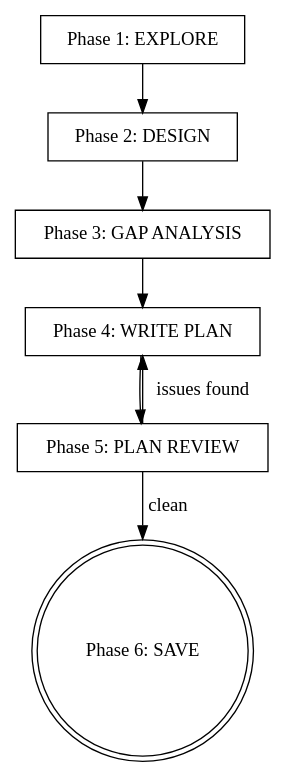
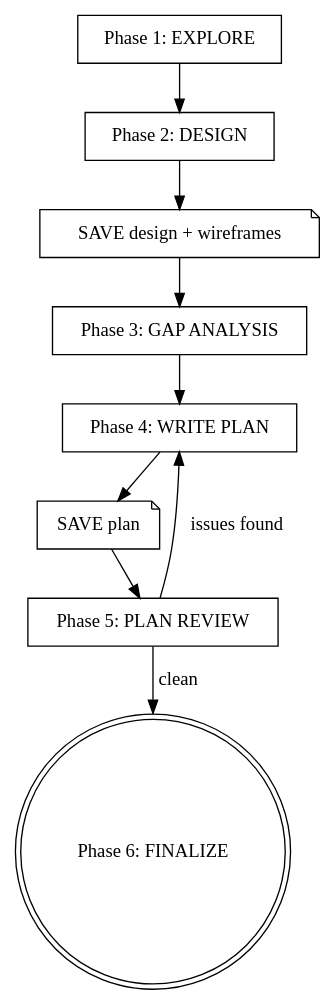
The diagram in skills/design-and-plan/SKILL.md (scotfairbanks-ai/deep-planning), drawn with Graphviz before and after one commit. The commit also changed other lines of this file, not shown here.

First line of the commit message:
Fix context exhaustion: save artifacts incrementally, simplify diagram scope

````diff
--- a/skills/design-and-plan/SKILL.md
+++ b/skills/design-and-plan/SKILL.md
@@ -31,19 +39,23 @@
 ```dot
 digraph process {
     rankdir=TB;
 
     "Phase 1: EXPLORE" [shape=box];
     "Phase 2: DESIGN" [shape=box];
+    "SAVE design + wireframes" [shape=note];
     "Phase 3: GAP ANALYSIS" [shape=box];
     "Phase 4: WRITE PLAN" [shape=box];
+    "SAVE plan" [shape=note];
     "Phase 5: PLAN REVIEW" [shape=box];
-    "Phase 6: SAVE" [shape=doublecircle];
+    "Phase 6: FINALIZE" [shape=doublecircle];
 
     "Phase 1: EXPLORE" -> "Phase 2: DESIGN";
-    "Phase 2: DESIGN" -> "Phase 3: GAP ANALYSIS";
+    "Phase 2: DESIGN" -> "SAVE design + wireframes";
+    "SAVE design + wireframes" -> "Phase 3: GAP ANALYSIS";
     "Phase 3: GAP ANALYSIS" -> "Phase 4: WRITE PLAN";
-    "Phase 4: WRITE PLAN" -> "Phase 5: PLAN REVIEW";
+    "Phase 4: WRITE PLAN" -> "SAVE plan";
+    "SAVE plan" -> "Phase 5: PLAN REVIEW";
     "Phase 5: PLAN REVIEW" -> "Phase 4: WRITE PLAN" [label="issues found"];
-    "Phase 5: PLAN REVIEW" -> "Phase 6: SAVE" [label="clean"];
+    "Phase 5: PLAN REVIEW" -> "Phase 6: FINALIZE" [label="clean"];
 }
 ```
````
